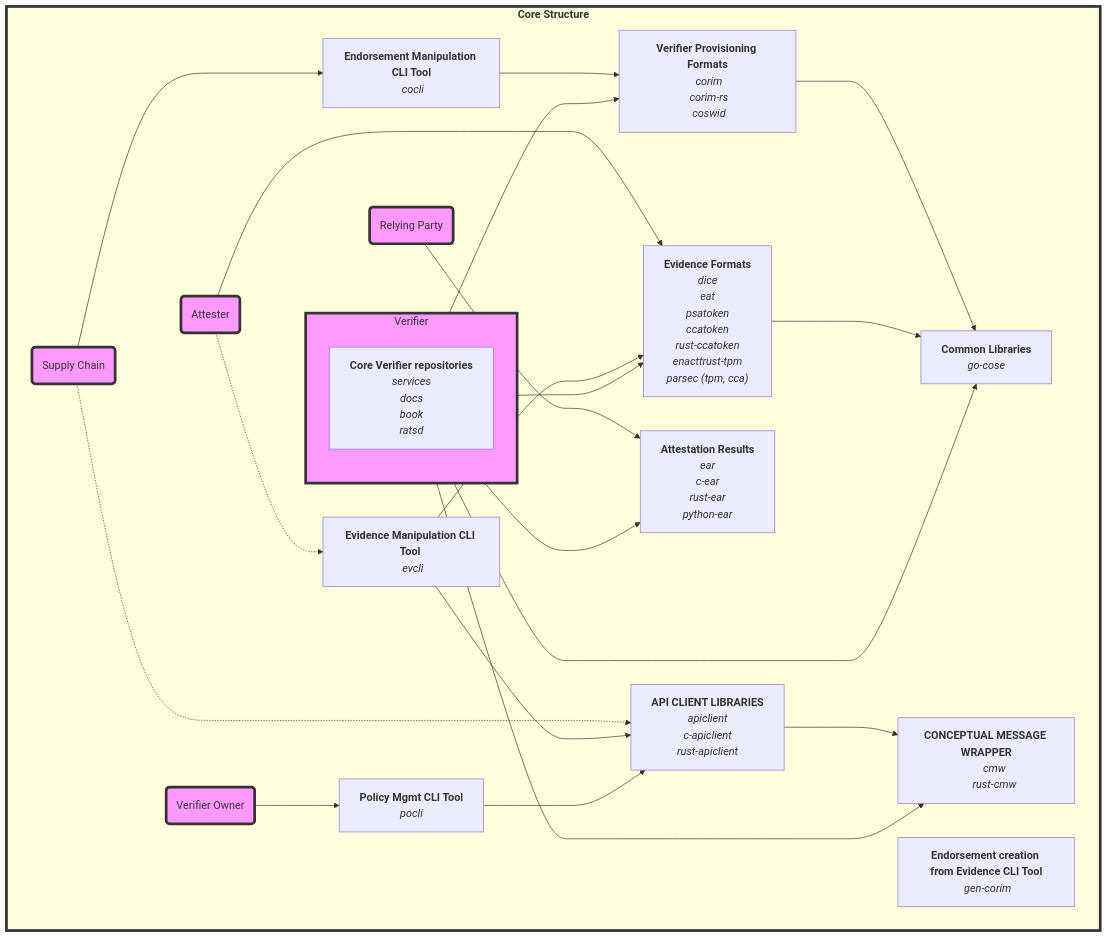
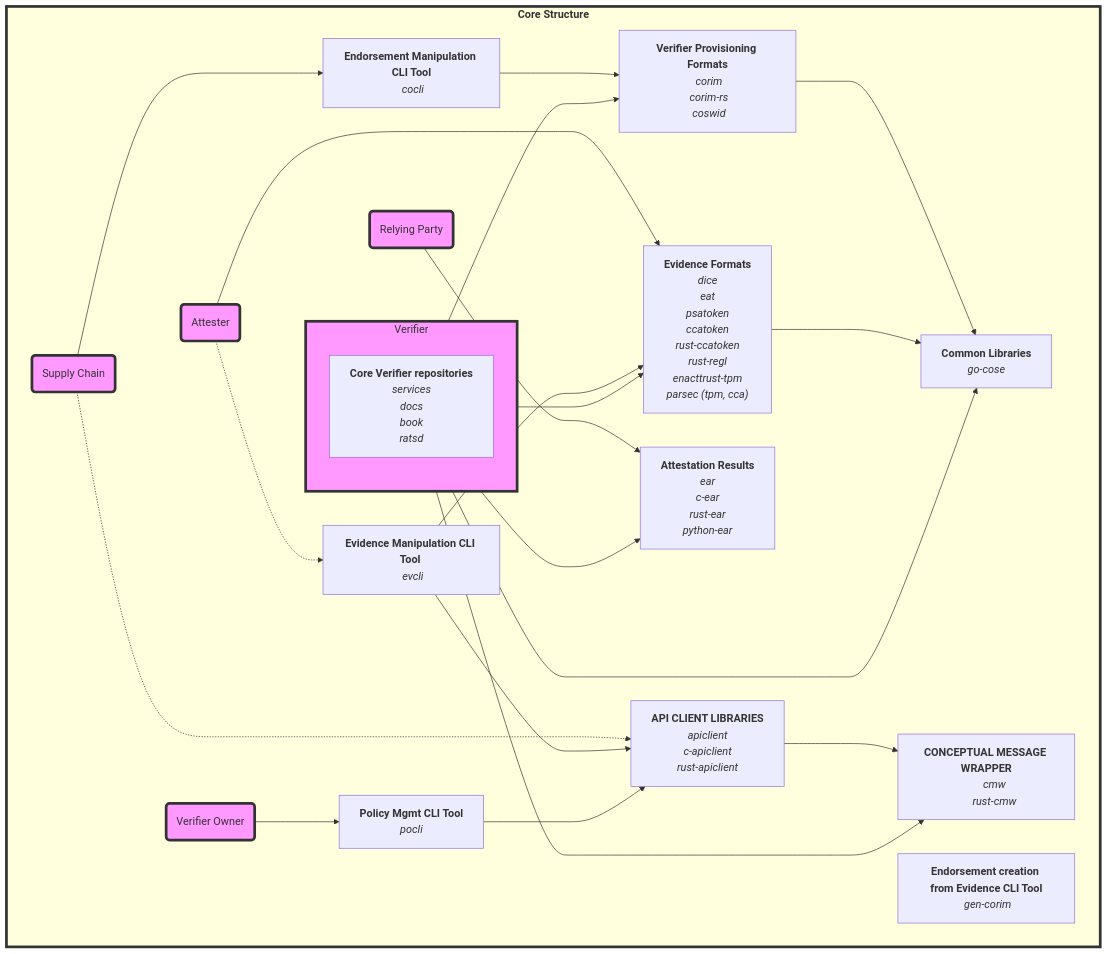
One commit to veraison/docs changed the second of 3 diagrams in repo-guide.md. Above: the diagram before and after it, drawn with Mermaid. The commit also changed other lines of this file and 1 other file, not shown here.

Commit message:
docs: add rust-regl to repo guide

```diff
--- a/repo-guide.md
+++ b/repo-guide.md
@@ -153,6 +156,7 @@
      <i>psatoken</i>
      <i>ccatoken</i>
      <i>rust-ccatoken</i>
+     <i>rust-regl</i>
      <i>enacttrust-tpm</i>
      <i>parsec (tpm, cca)</i>"]
 EF ---> CL
```
